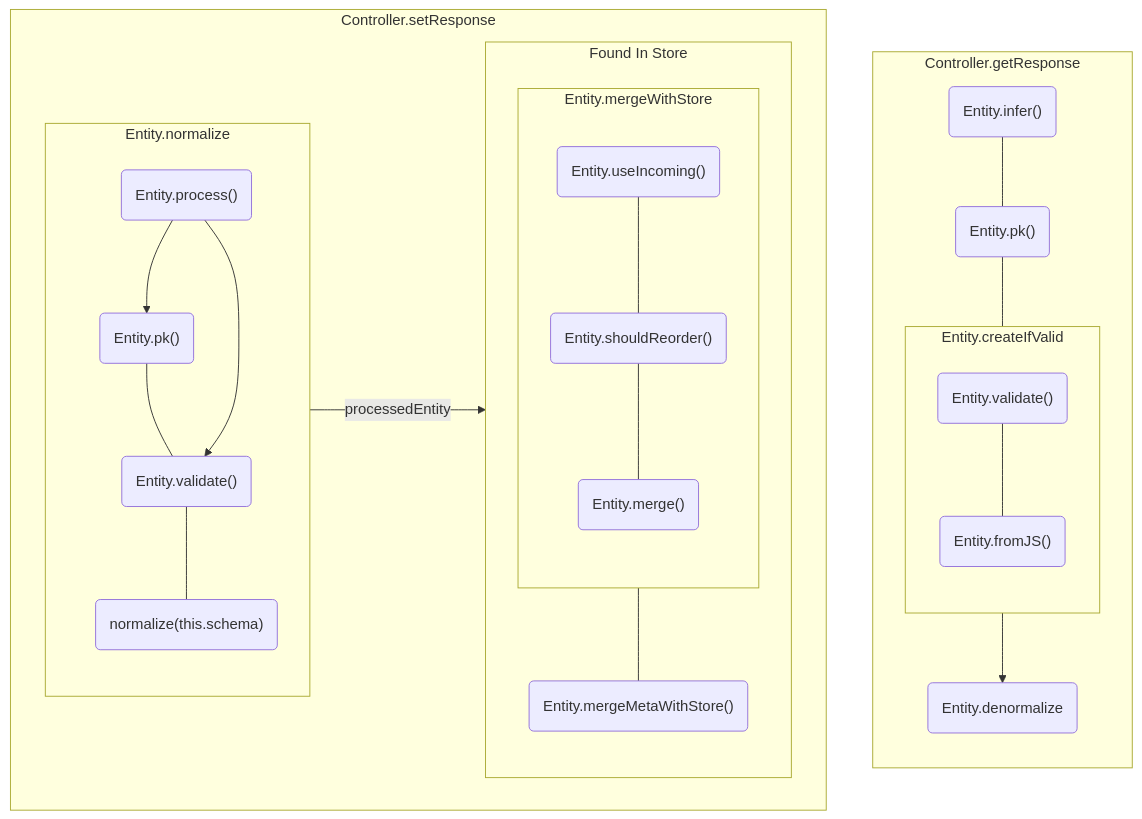
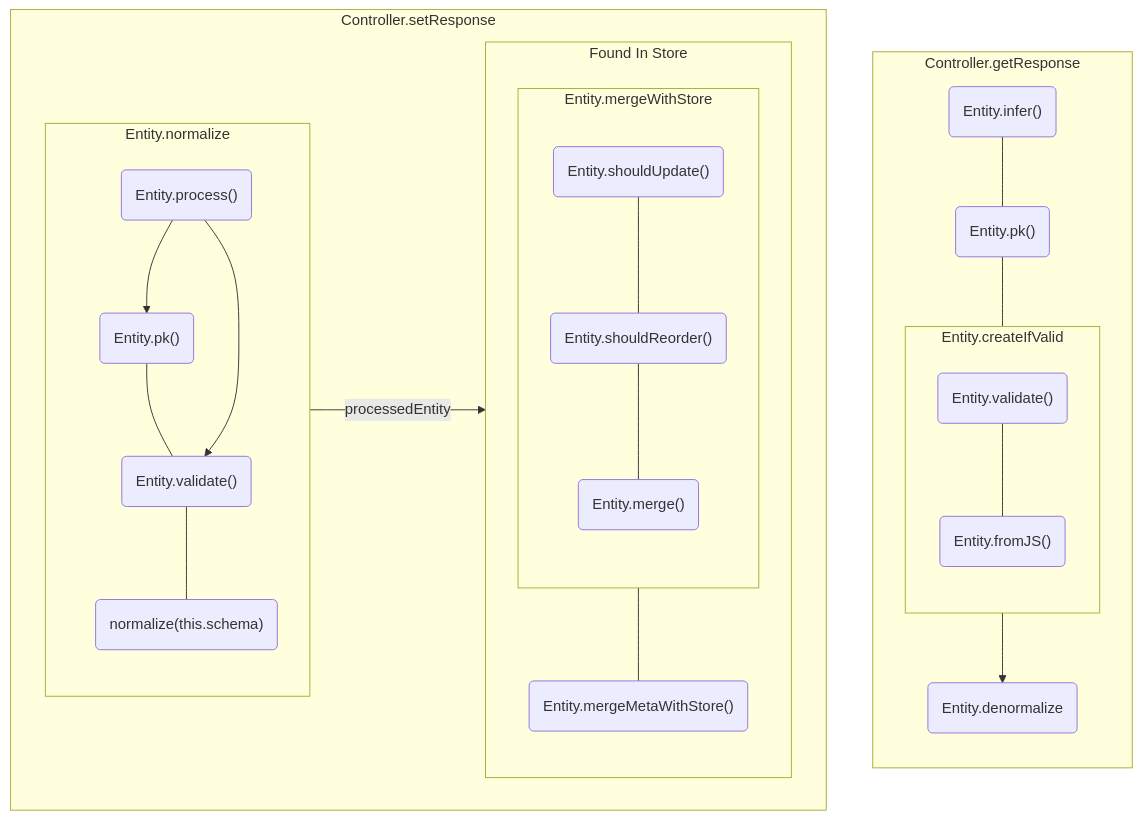
Before and after one commit to reactive/data-client: the diagram in docs/rest/diagrams/_entity_lifecycle.mdx, drawn with Mermaid. The commit also changed 15 other files, not shown here.

Commit message:
enhance: Entity.useIncoming -> Entity.shouldUpdate

````diff
--- a/docs/rest/diagrams/_entity_lifecycle.mdx
+++ b/docs/rest/diagrams/_entity_lifecycle.mdx
@@ -1,43 +1,43 @@
 ```mermaid
 flowchart BT
   subgraph Controller.getResponse
     infer("Entity.infer()")---pk2
     pk2("Entity.pk()")---Entity.createIfValid
     subgraph Entity.createIfValid
       direction TB
       validate2("Entity.validate()")---fromJS("Entity.fromJS()")
     end
     Entity.createIfValid-->denormNest("Entity.denormalize")
   end
   subgraph Controller.setResponse
     direction LR
     subgraph Entity.normalize
       direction TB
       process("Entity.process()")-->pk("Entity.pk()")
       pk---validate("Entity.validate()")
       process-->validate
       validate---normNest("normalize(this.schema)")
     end
     Entity.normalize--processedEntity-->INSTORE
     subgraph INSTORE["Found In Store"]
       subgraph Entity.mergeWithStore
         direction TB
-        useincoming("Entity.useIncoming()")---shouldreorder("Entity.shouldReorder()")
+        shouldupdate("Entity.shouldUpdate()")---shouldreorder("Entity.shouldReorder()")
         shouldreorder---merge("Entity.merge()")
       end
       Entity.mergeWithStore---mergeMetaWithStore("Entity.mergeMetaWithStore()")
     end
   end
   click process "/rest/api/Entity#process"
   click pk "/rest/api/Entity#pk"
   click pk2 "/rest/api/Entity#pk"
   click fromJS "/rest/api/Entity#fromJS"
   click validate "/rest/api/Entity#validate"
   click validate2 "/rest/api/Entity#validate"
   click mergeMetaWithStore "/rest/api/Entity#mergeMetaWithStore"
-  click useincoming "/rest/api/Entity#useincoming"
+  click shouldupdate "/rest/api/Entity#shouldupdate"
   click shouldreorder "/rest/api/Entity#shouldreorder"
   click mergewithstore "/rest/api/Entity#mergeWithStore"
   click merge "/rest/api/Entity#merge"
   click infer "/rest/api/Entity#infer"
 ```
````
